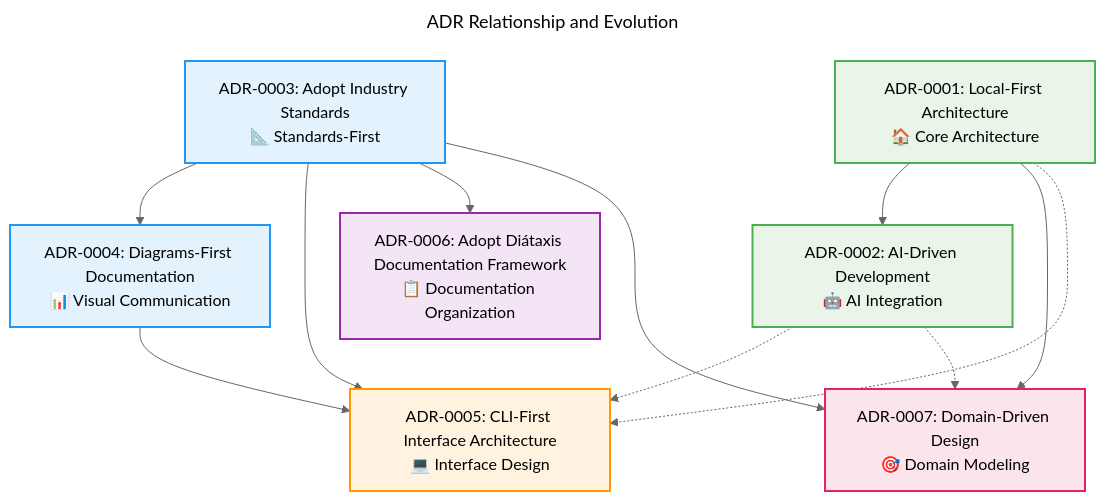
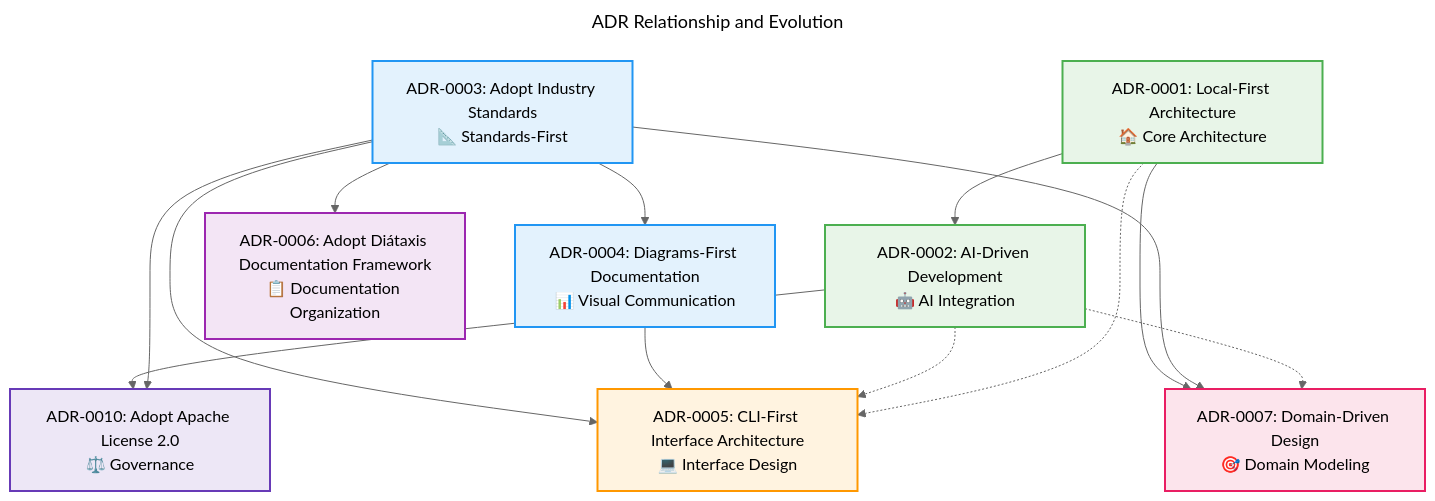
Before and after one commit to kamiazya/project-manager: the second of 2 diagrams in docs/explanation/adr/README.md, drawn with Mermaid. The commit also changed other lines of this file and 22 other files, not shown here.

First line of the commit message:
feat(build): Add Apache 2.0 license headers to build outputs (#18)

````diff
--- a/docs/explanation/adr/README.md
+++ b/docs/explanation/adr/README.md
@@ -131,50 +131,58 @@
 ```mermaid
 ---
 title: ADR Relationship and Evolution
 ---
 %%{init: {"theme": "neutral", "themeVariables": {"primaryColor": "#4caf50", "primaryTextColor": "#2e7d32", "primaryBorderColor": "#2e7d32"}}}%%
 graph TD
     %% Foundation ADRs
     ADR_001[ADR-0001: Local-First Architecture<br/>🏠 Core Architecture]
 
     %% Standards and Principles
     ADR_002[ADR-0002: AI-Driven Development<br/>🤖 AI Integration]
     ADR_003[ADR-0003: Adopt Industry Standards<br/>📐 Standards-First]
 
     %% Implementation Approach
     ADR_004[ADR-0004: Diagrams-First Documentation<br/>📊 Visual Communication]
     ADR_005[ADR-0005: CLI-First Interface Architecture<br/>💻 Interface Design]
 
     %% Process and Organization
     ADR_006[ADR-0006: Adopt Diátaxis Documentation Framework<br/>📋 Documentation Organization]
+    ADR_0010[ADR-0010: Adopt Apache License 2.0<br/>⚖️ Governance]
+
 
     %% Architecture Design
     ADR_007[ADR-0007: Domain-Driven Design<br/>🎯 Domain Modeling]
 
     %% Dependencies
     ADR_003 --> ADR_004
     ADR_003 --> ADR_005
     ADR_001 --> ADR_002
     ADR_003 --> ADR_006
     ADR_004 --> ADR_005
     ADR_001 --> ADR_007
     ADR_003 --> ADR_007
+    ADR_002 --> ADR_0010
+    ADR_003 --> ADR_0010
+
 
     %% Influences (dotted lines)
     ADR_002 -.-> ADR_005
     ADR_001 -.-> ADR_005
     ADR_002 -.-> ADR_007
 
     %% Styling
     classDef foundation fill:#e8f5e8,stroke:#4caf50,stroke-width:2px
     classDef standards fill:#e3f2fd,stroke:#2196f3,stroke-width:2px
     classDef implementation fill:#fff3e0,stroke:#ff9800,stroke-width:2px
     classDef process fill:#f3e5f5,stroke:#9c27b0,stroke-width:2px
     classDef architecture fill:#fce4ec,stroke:#e91e63,stroke-width:2px
+    classDef governance fill:#ede7f6,stroke:#673ab7,stroke-width:2px
+
 
     class ADR_001,ADR_002 foundation
     class ADR_003,ADR_004 standards
     class ADR_005 implementation
     class ADR_006 process
     class ADR_007 architecture
+    class ADR_0010 governance
 ```
````
